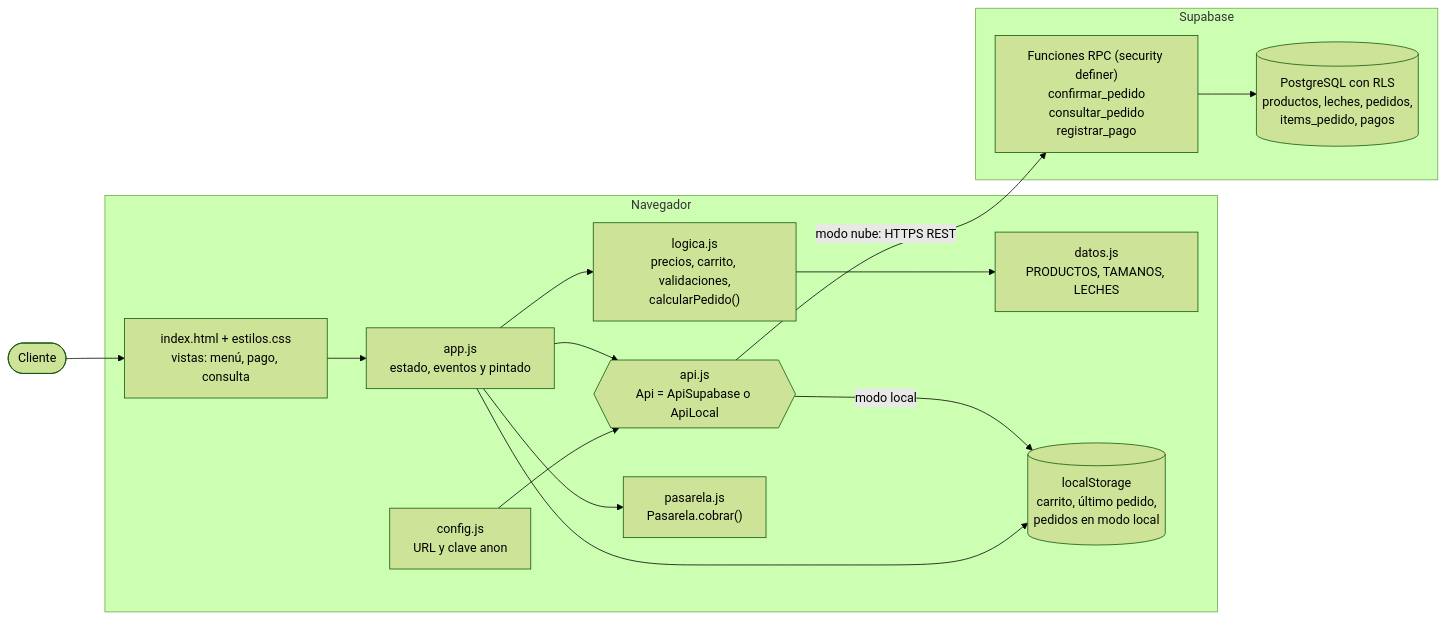
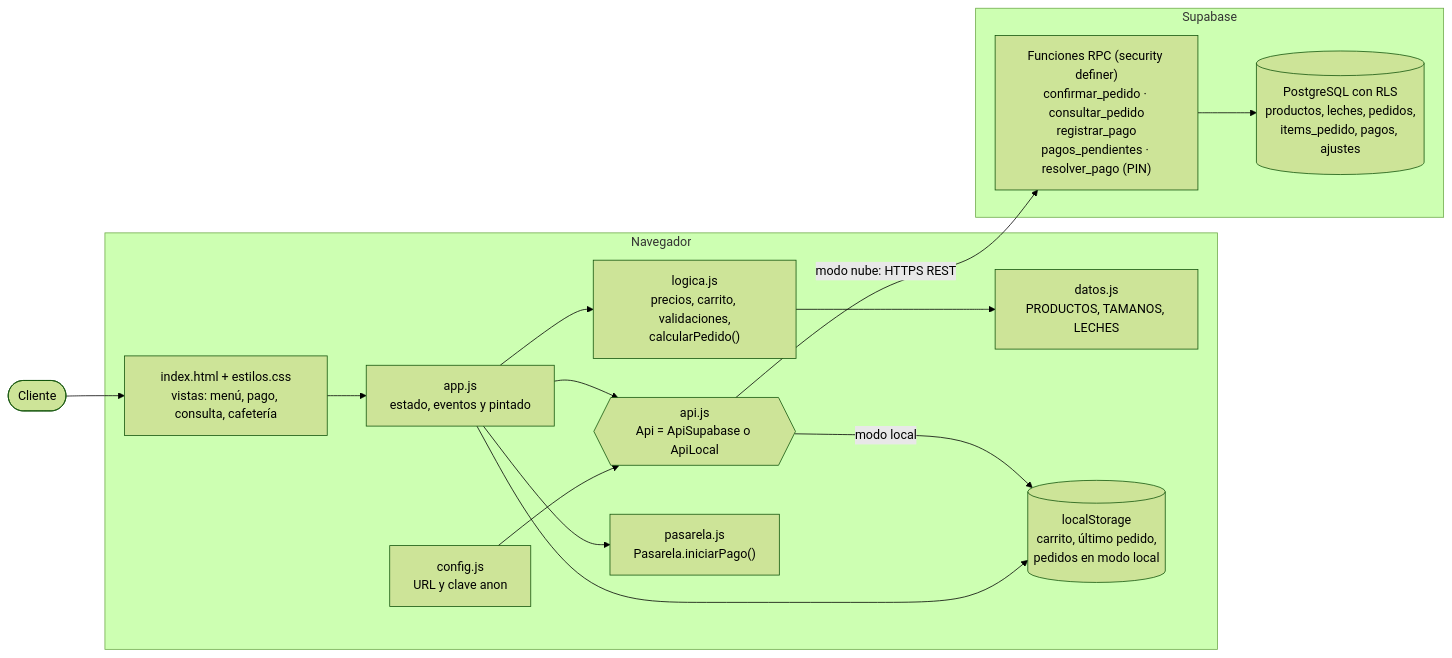
The first of 5 diagrams in docs/ARQUITECTURA.md (Jhoser1801/Gerencia-de-Software-), drawn with Mermaid (forest theme) before and after one commit. The commit also changed other lines of this file and 13 other files, not shown here.

First line of the commit message:
Nueva pasarela de pagos sin API: pagar al recoger o transferencia con referencia

````diff
--- a/docs/ARQUITECTURA.md
+++ b/docs/ARQUITECTURA.md
@@ -12,29 +12,29 @@
 ```mermaid
 flowchart LR
   U([Cliente]) --> UI
 
   subgraph Navegador
-    UI["index.html + estilos.css<br/>vistas: menú, pago, consulta"]
+    UI["index.html + estilos.css<br/>vistas: menú, pago, consulta, cafetería"]
     APP["app.js<br/>estado, eventos y pintado"]
     LOG["logica.js<br/>precios, carrito, validaciones,<br/>calcularPedido()"]
     DAT["datos.js<br/>PRODUCTOS, TAMANOS, LECHES"]
     CFG["config.js<br/>URL y clave anon"]
     API{{"api.js<br/>Api = ApiSupabase o ApiLocal"}}
-    PAS["pasarela.js<br/>Pasarela.cobrar()"]
+    PAS["pasarela.js<br/>Pasarela.iniciarPago()"]
     LS[("localStorage<br/>carrito, último pedido,<br/>pedidos en modo local")]
   end
 
   subgraph Supabase
-    RPC["Funciones RPC (security definer)<br/>confirmar_pedido<br/>consultar_pedido<br/>registrar_pago"]
-    DB[("PostgreSQL con RLS<br/>productos, leches, pedidos,<br/>items_pedido, pagos")]
+    RPC["Funciones RPC (security definer)<br/>confirmar_pedido · consultar_pedido<br/>registrar_pago<br/>pagos_pendientes · resolver_pago (PIN)"]
+    DB[("PostgreSQL con RLS<br/>productos, leches, pedidos,<br/>items_pedido, pagos, ajustes")]
   end
 
   UI --> APP
   APP --> LOG --> DAT
   APP --> PAS
   APP --> API
   CFG --> API
   API -- modo local --> LS
   API -- modo nube: HTTPS REST --> RPC --> DB
   APP --> LS
 ```
````
